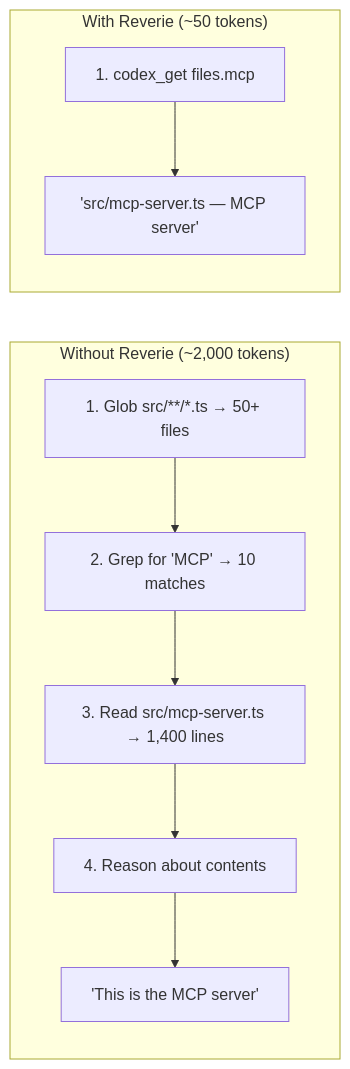
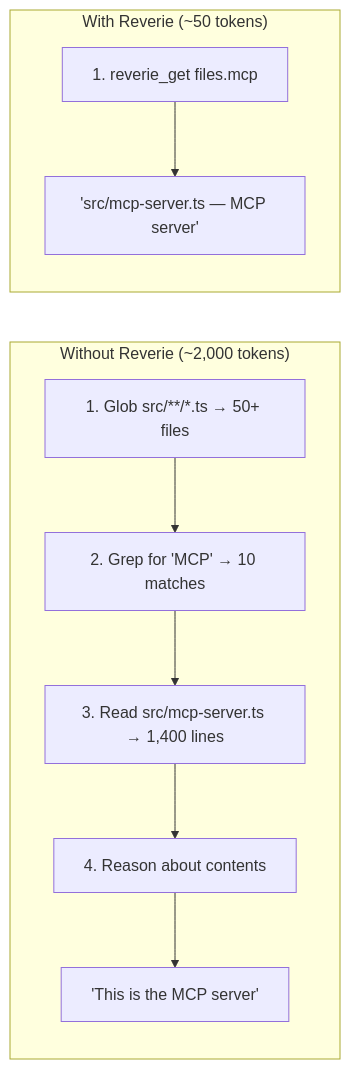
Before and after one commit to seabearDEV/Reverie: the third of 6 diagrams in docs/token-savings.md, drawn with Mermaid. The commit also changed other lines of this file and 162 other files, not shown here.

````diff
--- a/docs/token-savings.md
+++ b/docs/token-savings.md
@@ -205,15 +205,15 @@
 ```mermaid
 flowchart LR
     subgraph without ["Without Reverie (~2,000 tokens)"]
         direction TB
         W1["1. Glob src/**/*.ts → 50+ files"] --> W2["2. Grep for 'MCP' → 10 matches"]
         W2 --> W3["3. Read src/mcp-server.ts → 1,400 lines"]
         W3 --> W4["4. Reason about contents"]
         W4 --> W5["'This is the MCP server'"]
     end
 
     subgraph with ["With Reverie (~50 tokens)"]
         direction TB
-        C1["1. codex_get files.mcp"] --> C2["'src/mcp-server.ts — MCP server'"]
+        C1["1. reverie_get files.mcp"] --> C2["'src/mcp-server.ts — MCP server'"]
     end
 ```
````
